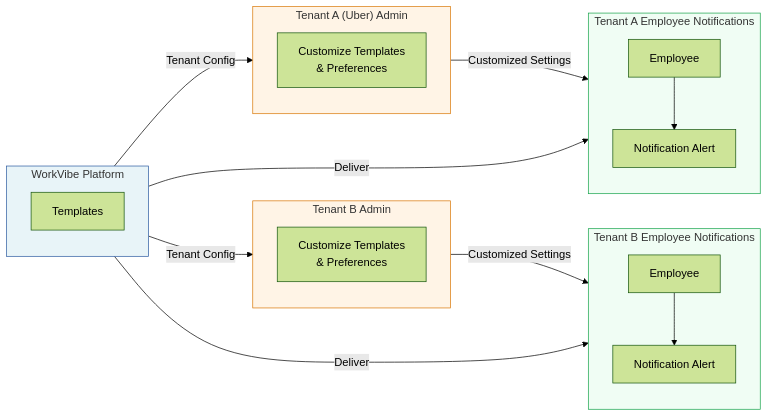
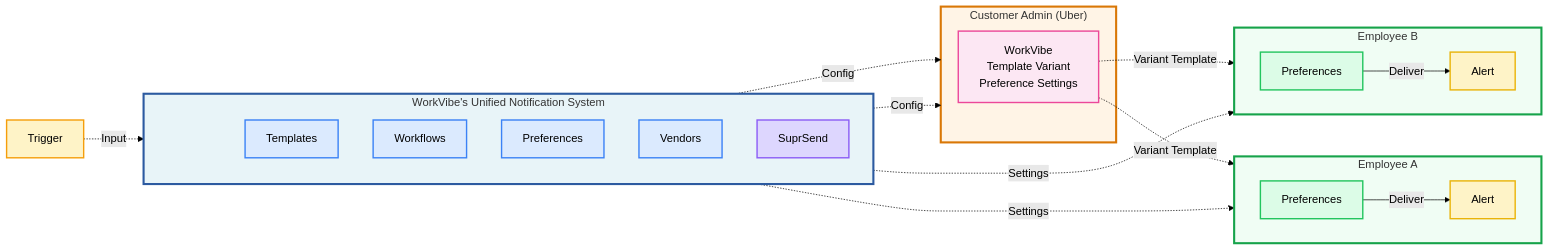
One commit to ingdas/suprsend-documentation changed the diagram in docs/multi-tenant-modelling.mdx. Above: the diagram before and after it, drawn with Mermaid (forest theme). The commit also changed other lines of this file and 1 other file, not shown here.

Commit message:
add category image

````diff
--- a/docs/multi-tenant-modelling.mdx
+++ b/docs/multi-tenant-modelling.mdx
@@ -31,39 +31,59 @@
 ```mermaid
 graph LR
-    subgraph Platform["WorkVibe Platform"]
+    subgraph Unified["WorkVibe's Unified Notification System"]
+        direction TB
+        Spacer[ ]
         Templates[Templates]
+        Workflows[Workflows]
+        Preferences[Preferences]
+        Vendors[Vendors]
+        SuprSend[SuprSend]
     end
     
-    subgraph TenantA["Tenant A (Uber) Admin"]
-        CustomizeA[Customize Templates<br/>& Preferences]
+    Trigger[Trigger] -.->|Input| Templates
+    
+    subgraph Admin["Customer Admin (Uber)"]
+        WorkVibe[WorkVibe<br/>Template Variant<br/>Preference Settings]
     end
     
-    subgraph TenantB["Tenant B Admin"]
-        CustomizeB[Customize Templates<br/>& Preferences]
+    subgraph EmpA["Employee A"]
+        direction LR
+        PrefsA[Preferences]
+        AlertA[Alert]
     end
     
-    subgraph DeliveryA["Tenant A Employee Notifications"]
-        EmployeeA[Employee]
-        AlertA[Notification Alert]
+    subgraph EmpB["Employee B"]
+        direction LR
+        PrefsB[Preferences]
+        AlertB[Alert]
     end
     
-    subgraph DeliveryB["Tenant B Employee Notifications"]
-        EmployeeB[Employee]
-        AlertB[Notification Alert]
-    end
+    Templates -.->|Config| Admin
+    Vendors -.->|Config| Admin
     
-    Platform -->|Tenant Config| TenantA
-    Platform -->|Tenant Config| TenantB
-    TenantA -->|Customized Settings| DeliveryA
-    TenantB -->|Customized Settings| DeliveryB
-    Platform -->|Deliver| DeliveryA
-    Platform -->|Deliver| DeliveryB
-    EmployeeA --> AlertA
-    EmployeeB --> AlertB
+    Preferences -.->|Settings| PrefsA
+    Preferences -.->|Settings| PrefsB
     
-    style Platform fill:#e8f4f8,stroke:#2c5aa0
-    style TenantA fill:#fff4e6,stroke:#d97706
-    style TenantB fill:#fff4e6,stroke:#d97706
-    style DeliveryA fill:#f0fdf4,stroke:#16a34a
-    style DeliveryB fill:#f0fdf4,stroke:#16a34a
+    WorkVibe -.->|Variant Template| PrefsA
+    PrefsA -->|Deliver| AlertA
+    
+    WorkVibe -.->|Variant Template| PrefsB
+    PrefsB -->|Deliver| AlertB
+    
+    style Unified fill:#e8f4f8,stroke:#2c5aa0,stroke-width:3px
+    style Admin fill:#fff4e6,stroke:#d97706,stroke-width:3px
+    style EmpA fill:#f0fdf4,stroke:#16a34a,stroke-width:3px
+    style EmpB fill:#f0fdf4,stroke:#16a34a,stroke-width:3px
+    style Trigger fill:#fef3c7,stroke:#f59e0b,stroke-width:2px
+    style Spacer fill:transparent,stroke:transparent,stroke-width:0px,height:20px
+    style Templates fill:#dbeafe,stroke:#3b82f6,stroke-width:2px
+    style Workflows fill:#dbeafe,stroke:#3b82f6,stroke-width:2px
+    style Preferences fill:#dbeafe,stroke:#3b82f6,stroke-width:2px
+    style Vendors fill:#dbeafe,stroke:#3b82f6,stroke-width:2px
+    style SuprSend fill:#ddd6fe,stroke:#8b5cf6,stroke-width:2px
+    style WorkVibe fill:#fce7f3,stroke:#ec4899,stroke-width:2px
+    style PrefsA fill:#dcfce7,stroke:#22c55e,stroke-width:2px
+    style PrefsB fill:#dcfce7,stroke:#22c55e,stroke-width:2px
+    style AlertA fill:#fef3c7,stroke:#eab308,stroke-width:2px
+    style AlertB fill:#fef3c7,stroke:#eab308,stroke-width:2px
 ```
````
